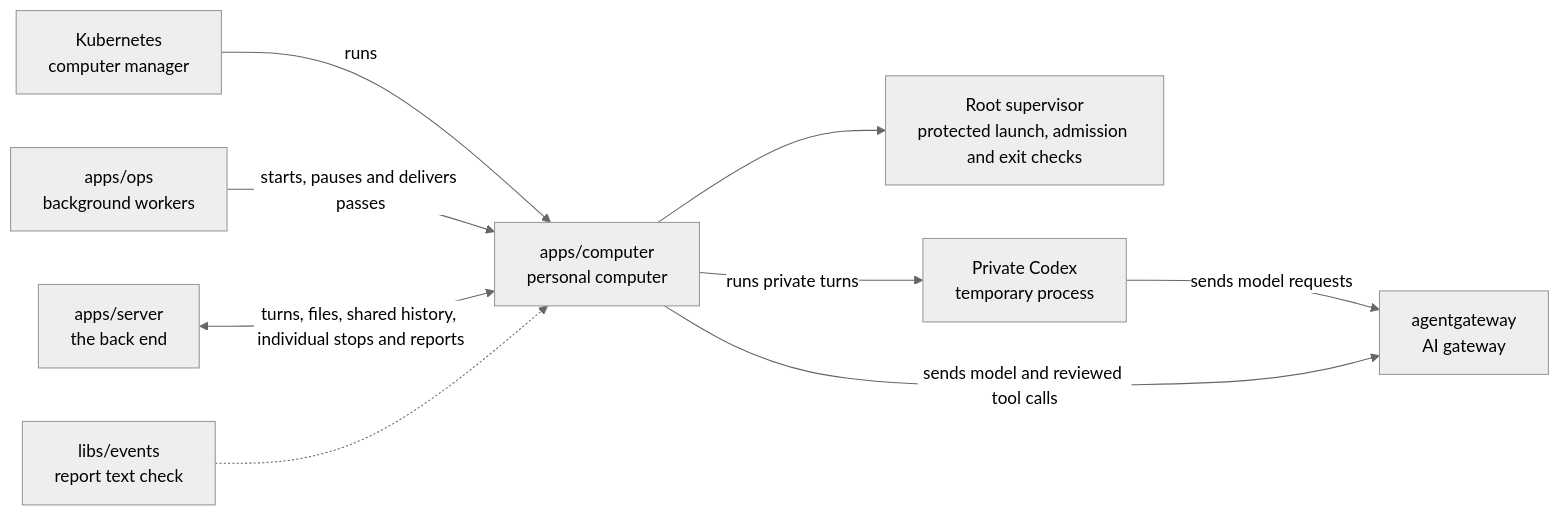
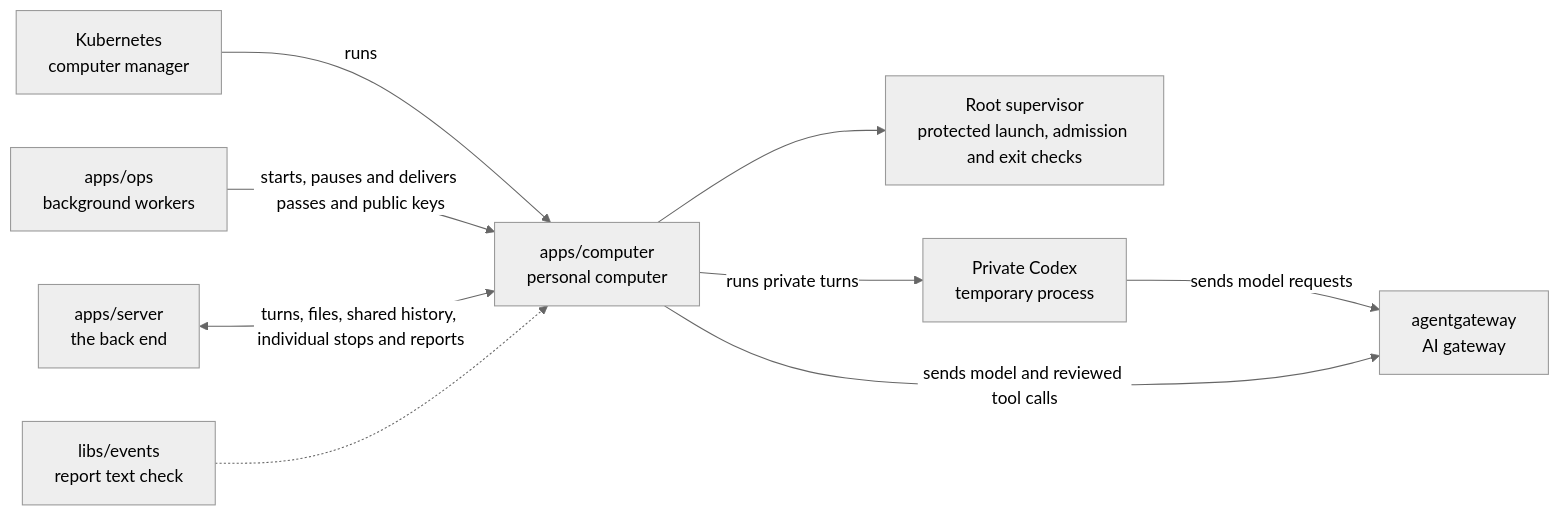
Before and after one commit to elewa-git/opencrane-new: the diagram in apps/computer/README.md, drawn with Mermaid (neutral theme). The commit also changed other lines of this file and 16 other files, not shown here.

````diff
--- a/apps/computer/README.md
+++ b/apps/computer/README.md
@@ -22,11 +22,11 @@
 ```mermaid
 flowchart LR
   kube["Kubernetes<br/>computer manager"] -->|runs| computer["apps/computer<br/>personal computer"]
-  ops["apps/ops<br/>background workers"] -->|starts, pauses and delivers passes| computer
+  ops["apps/ops<br/>background workers"] -->|starts, pauses and delivers passes and public keys| computer
   server["apps/server<br/>the back end"] <-->|turns, files, shared history, individual stops and reports| computer
   events["libs/events<br/>report text check"] -.-> computer
   computer --> supervisor["Root supervisor<br/>protected launch, admission and exit checks"]
   computer -->|runs private turns| private["Private Codex<br/>temporary process"]
   private -->|sends model requests| gateway
   computer -->|sends model and reviewed tool calls| gateway["agentgateway<br/>AI gateway"]
 ```
````
